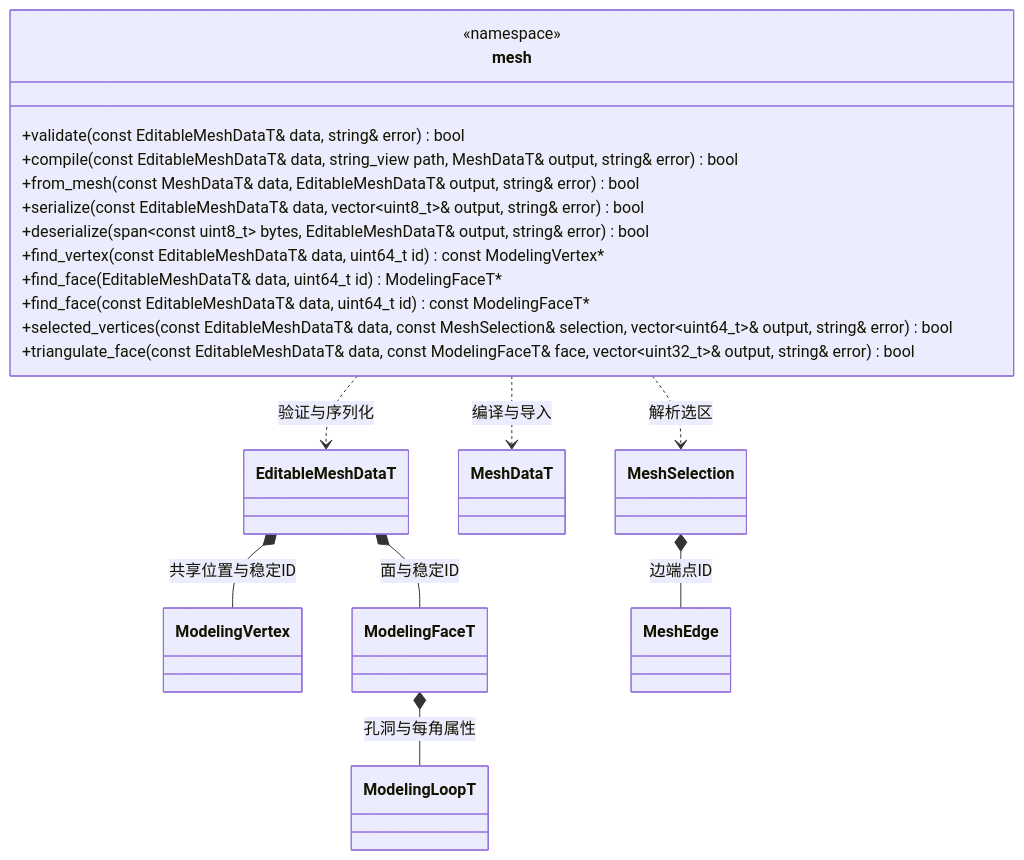
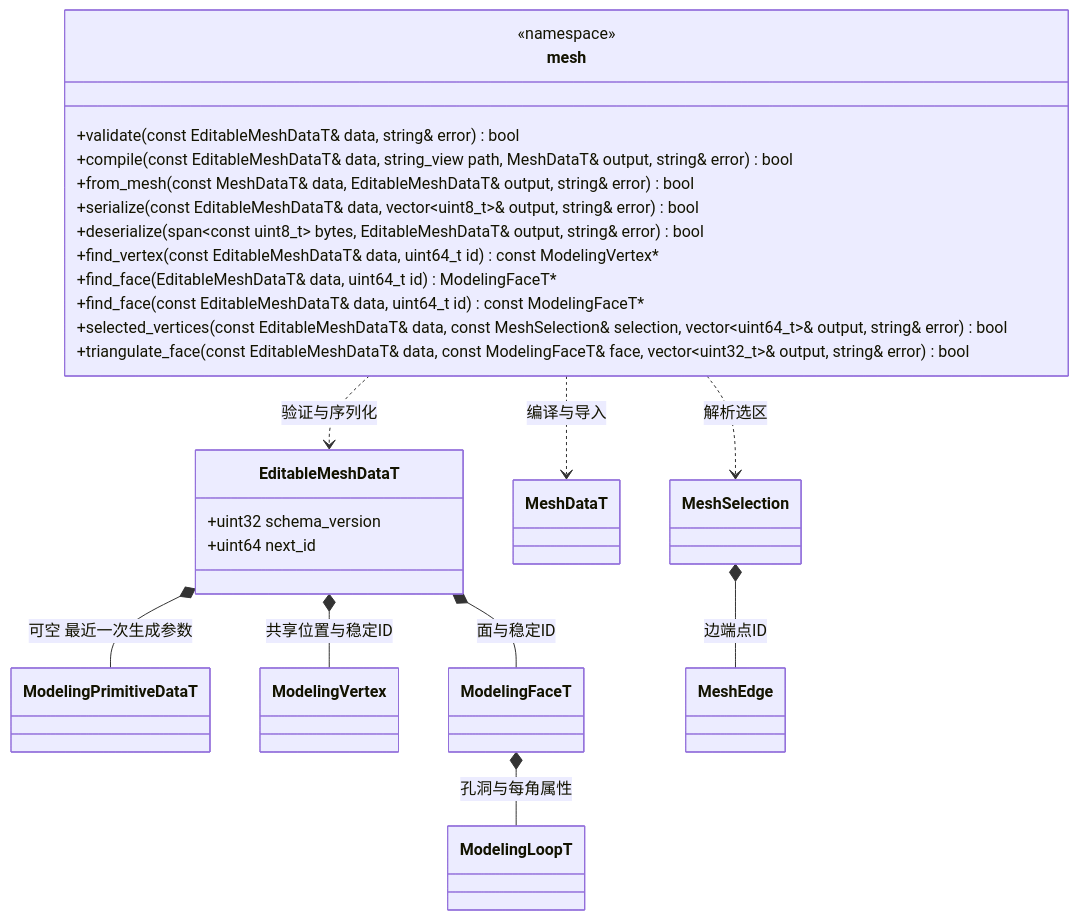
The diagram in docs/plugins/editor/class-diagrams/editable-mesh.md (lcals/Engine), drawn with Mermaid before and after one commit. The commit also changed other lines of this file and 601 other files, not shown here.

````diff
--- a/docs/plugins/editor/class-diagrams/editable-mesh.md
+++ b/docs/plugins/editor/class-diagrams/editable-mesh.md
@@ -7,30 +9,35 @@
 ```mermaid
 classDiagram
     class mesh {
         <<namespace>>
         +validate(const EditableMeshDataT& data, string& error) bool
         +compile(const EditableMeshDataT& data, string_view path, MeshDataT& output, string& error) bool
         +from_mesh(const MeshDataT& data, EditableMeshDataT& output, string& error) bool
         +serialize(const EditableMeshDataT& data, vector~uint8_t~& output, string& error) bool
         +deserialize(span~const uint8_t~ bytes, EditableMeshDataT& output, string& error) bool
         +find_vertex(const EditableMeshDataT& data, uint64_t id) const ModelingVertex#42;
         +find_face(EditableMeshDataT& data, uint64_t id) ModelingFaceT#42;
         +find_face(const EditableMeshDataT& data, uint64_t id) const ModelingFaceT#42;
         +selected_vertices(const EditableMeshDataT& data, const MeshSelection& selection, vector~uint64_t~& output, string& error) bool
         +triangulate_face(const EditableMeshDataT& data, const ModelingFaceT& face, vector~uint32_t~& output, string& error) bool
     }
-    class EditableMeshDataT
+    class EditableMeshDataT {
+        +uint32 schema_version
+        +uint64 next_id
+    }
+    class ModelingPrimitiveDataT
     class ModelingVertex
     class ModelingFaceT
     class ModelingLoopT
     class MeshDataT
     class MeshSelection
     class MeshEdge
     EditableMeshDataT *-- ModelingVertex : 共享位置与稳定ID
     EditableMeshDataT *-- ModelingFaceT : 面与稳定ID
+    EditableMeshDataT *-- ModelingPrimitiveDataT : 可空 最近一次生成参数
     ModelingFaceT *-- ModelingLoopT : 孔洞与每角属性
     MeshSelection *-- MeshEdge : 边端点ID
     mesh ..> EditableMeshDataT : 验证与序列化
     mesh ..> MeshDataT : 编译与导入
     mesh ..> MeshSelection : 解析选区
 ```
````
